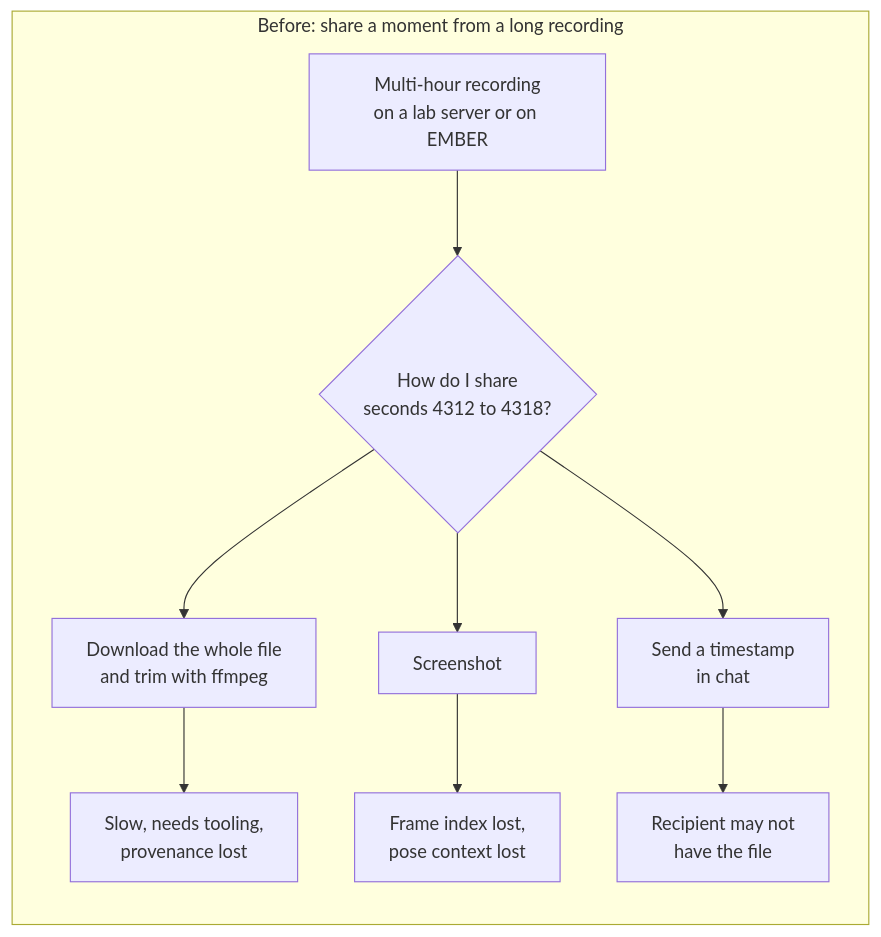
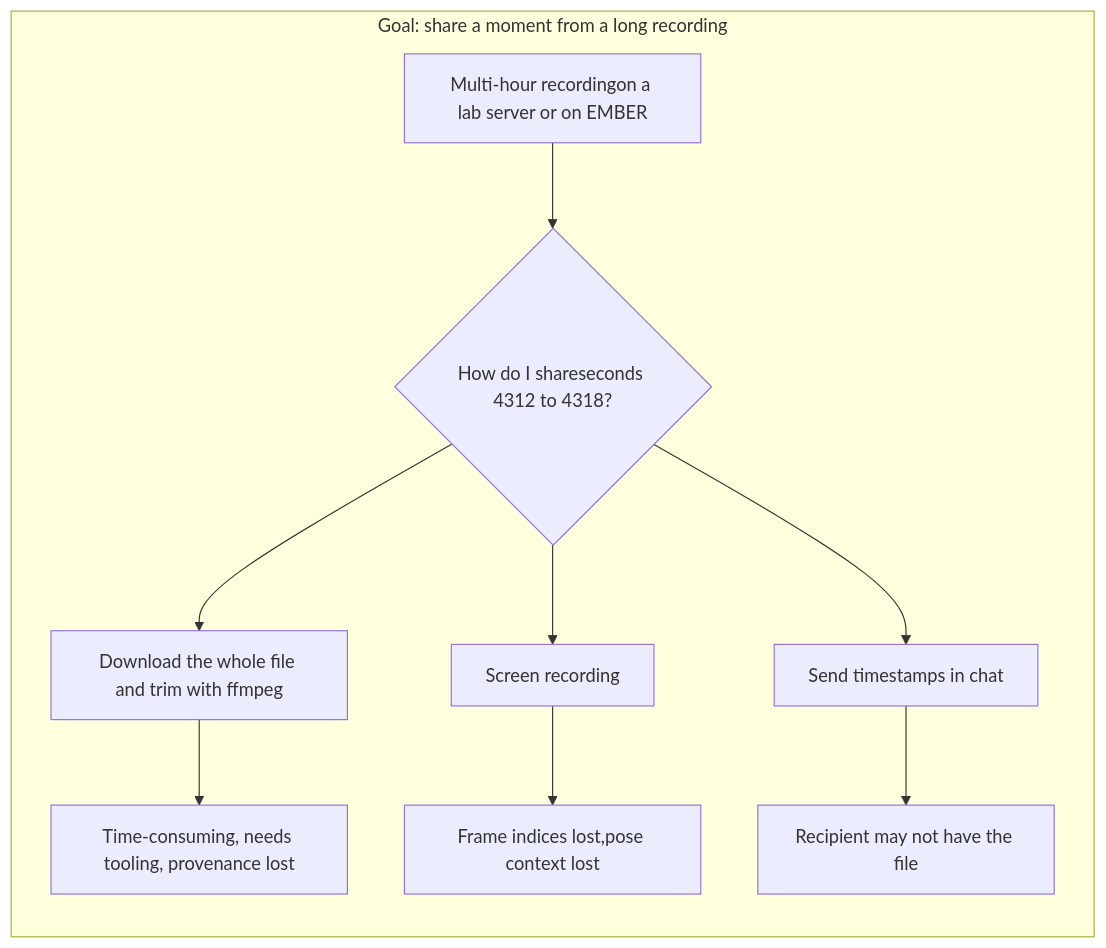
One commit to CodyCBakerPhD/BBQS-EMBER-docs changed the first of 15 diagrams in user-stories/clip-extractor.md. Above: the diagram before and after it, drawn with Mermaid. The commit also changed other lines of this file, not shown here.

````diff
--- a/user-stories/clip-extractor.md
+++ b/user-stories/clip-extractor.md
@@ -41,13 +33,13 @@
 ```mermaid
 flowchart LR
-    subgraph before["Before: share a moment from a long recording"]
+    subgraph before["Goal: share a moment from a long recording"]
         direction TB
-        A[Multi-hour recording<br/>on a lab server or on EMBER] --> B{How do I share<br/>seconds 4312 to 4318?}
-        B --> C[Download the whole file<br/>and trim with ffmpeg]
-        B --> D[Screenshot]
-        B --> E[Send a timestamp<br/>in chat]
-        C --> F[Slow, needs tooling,<br/>provenance lost]
-        D --> G[Frame index lost,<br/>pose context lost]
-        E --> H[Recipient may not<br/>have the file]
+        A[Multi-hour recordingon a lab server or on EMBER] --> B{How do I shareseconds 4312 to 4318?}
+        B --> C[Download the whole file and trim with ffmpeg]
+        B --> D[Screen recording]
+        B --> E[Send timestamps in chat]
+        C --> F[Time-consuming, needs tooling, provenance lost]
+        D --> G[Frame indices lost,pose context lost]
+        E --> H[Recipient may not have the file]
     end
 ```
````
